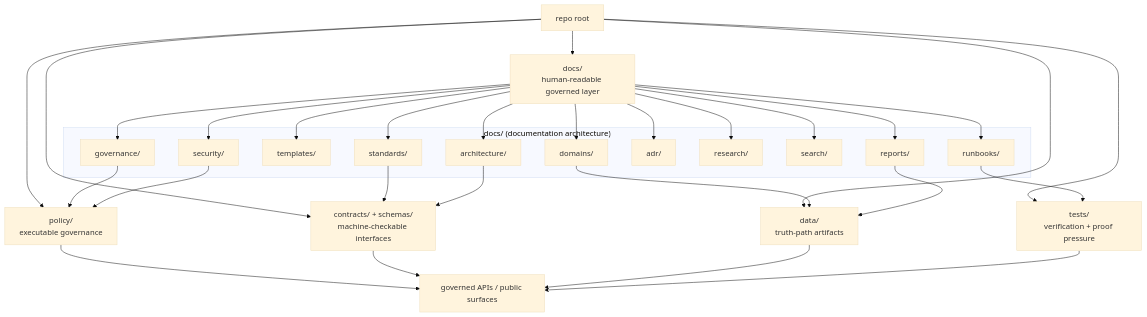
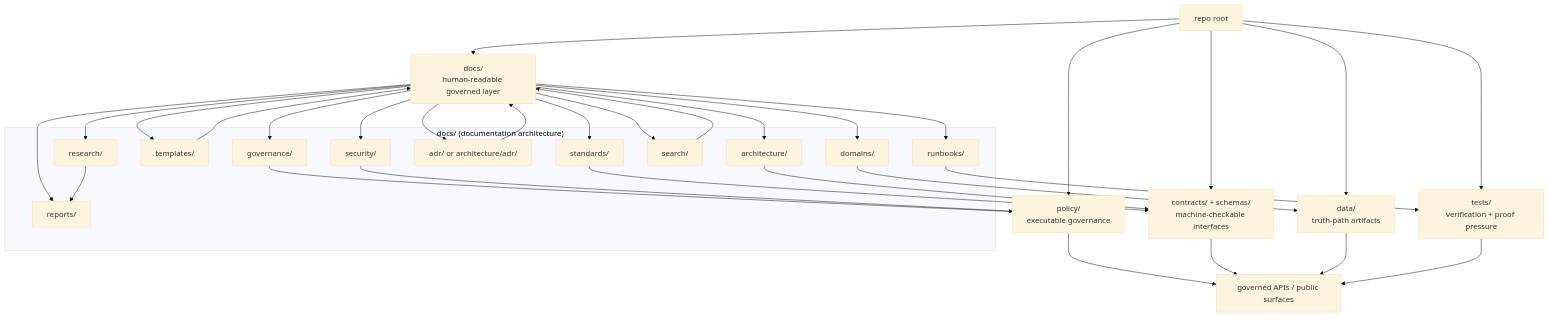
Before and after one commit to bartytime4life/Kansas-Frontier-Matrix: the diagram in docs/README.md, drawn with Mermaid (base theme). The commit also changed other lines of this file, not shown here.

````diff
--- a/docs/README.md
+++ b/docs/README.md
@@ -223,47 +257,50 @@
 ```mermaid
 flowchart TD
     ROOT["repo root"] --> DOCS["docs/<br/>human-readable governed layer"]
     ROOT --> CONTRACTS["contracts/ + schemas/<br/>machine-checkable interfaces"]
     ROOT --> POLICY["policy/<br/>executable governance"]
     ROOT --> DATA["data/<br/>truth-path artifacts"]
     ROOT --> TESTS["tests/<br/>verification + proof pressure"]
 
     subgraph D["docs/ (documentation architecture)"]
         GOV["governance/"]
         STD["standards/"]
         TMP["templates/"]
         RUN["runbooks/"]
         ARCH["architecture/"]
-        DOM["domains/"]
-        ADR["adr/"]
+        ADR["adr/ or architecture/adr/"]
         RES["research/"]
         SRCH["search/"]
         SEC["security/"]
         RPT["reports/"]
+        DOM["domains/"]
     end
 
     DOCS --> GOV
     DOCS --> STD
     DOCS --> TMP
     DOCS --> RUN
     DOCS --> ARCH
-    DOCS --> DOM
     DOCS --> ADR
     DOCS --> RES
     DOCS --> SRCH
     DOCS --> SEC
     DOCS --> RPT
+    DOCS --> DOM
 
     GOV --> POLICY
     STD --> CONTRACTS
+    TMP --> DOCS
     RUN --> TESTS
     ARCH --> CONTRACTS
+    ADR --> DOCS
+    RES --> RPT
+    SRCH --> DOCS
+    SEC --> POLICY
     DOM --> DATA
-    SEC --> POLICY
-    RPT --> DATA
 
     POLICY --> PUB["governed APIs / public surfaces"]
     CONTRACTS --> PUB
     DATA --> PUB
     TESTS --> PUB
 ```
````
